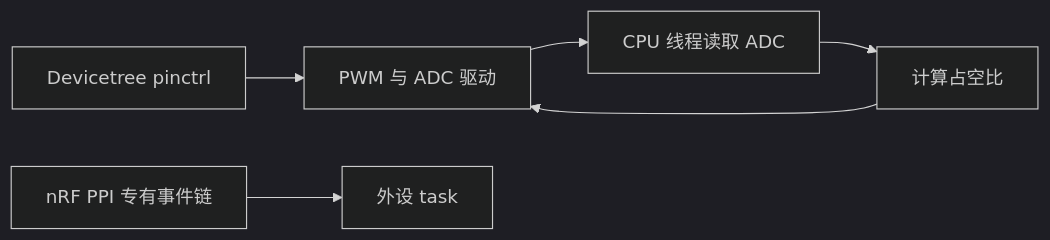
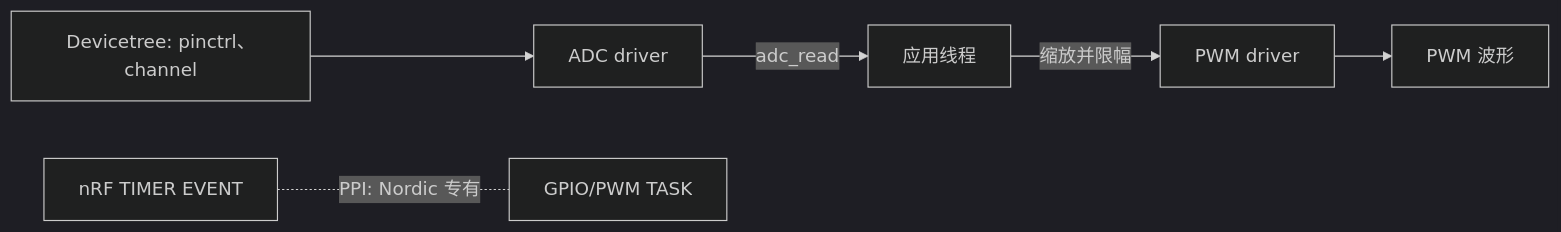
Before and after one commit to cdragon-ljl/EEandEdgeAI: the first of 3 diagrams in docs/articles/zephyr/zephyr-22-peripheral-advanced-pwm-adc-ppi.md, drawn with Mermaid (dark theme). The commit also changed other lines of this file and 35 other files, not shown here.

````diff
--- a/docs/articles/zephyr/zephyr-22-peripheral-advanced-pwm-adc-ppi.md
+++ b/docs/articles/zephyr/zephyr-22-peripheral-advanced-pwm-adc-ppi.md
@@ -15,8 +25,8 @@
 ```mermaid
 flowchart LR
-    A[Devicetree pinctrl] --> B[PWM 与 ADC 驱动]
-    B --> C[CPU 线程读取 ADC]
-    C --> D[计算占空比]
-    D --> B
-    E[nRF PPI 专有事件链] --> F[外设 task]
+    D[Devicetree: pinctrl、channel] --> A[ADC driver]
+    A -->|adc_read| W[应用线程]
+    W -->|缩放并限幅| P[PWM driver]
+    P --> O[PWM 波形]
+    E[nRF TIMER EVENT] -.PPI: Nordic 专有.- T[GPIO/PWM TASK]
 ```
````
